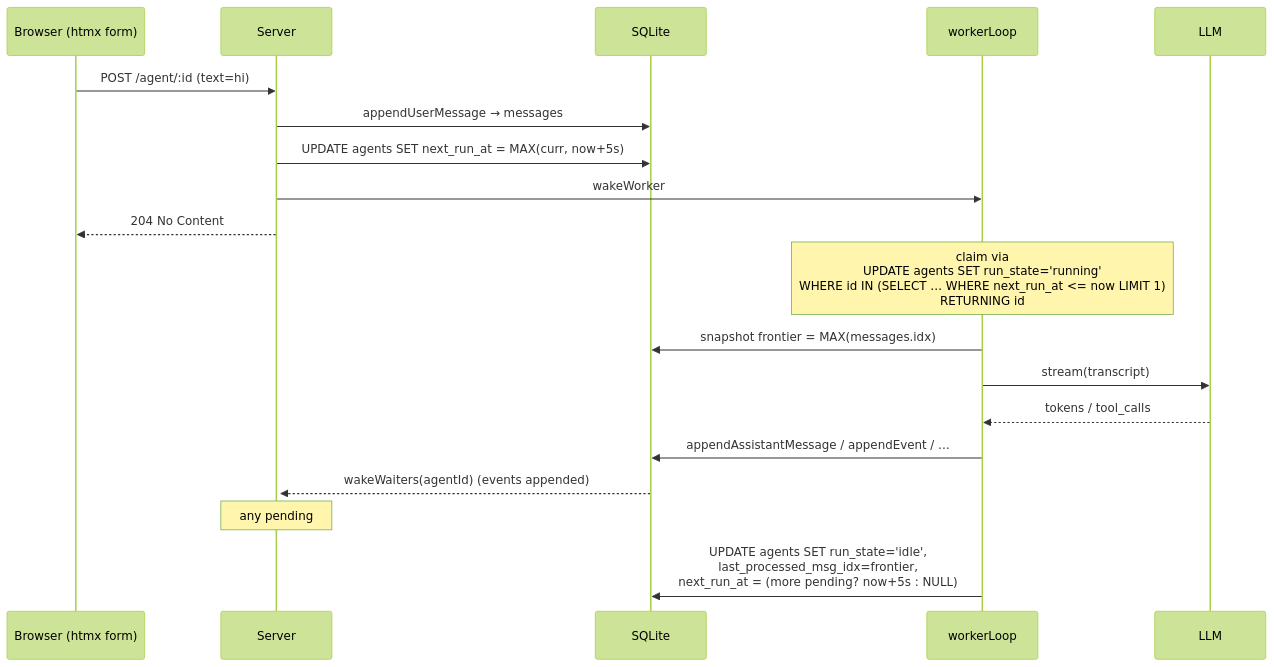
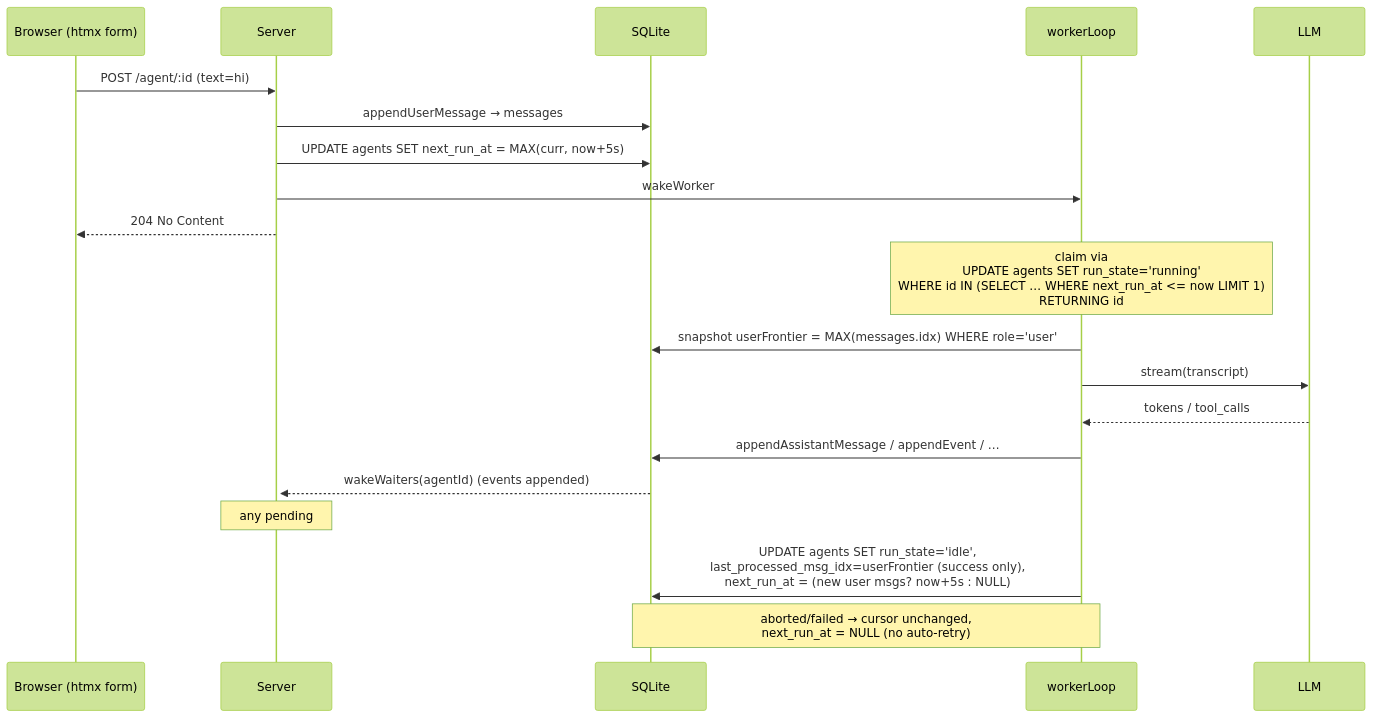
The second of 3 diagrams in docs/architecture.md (niquola/hyper-code2), drawn with Mermaid (forest theme) before and after one commit. The commit also changed other lines of this file and 1 other file, not shown here.

First line of the commit message:
docs: README + architecture reflect role='user' cursor + settings module

````diff
--- a/docs/architecture.md
+++ b/docs/architecture.md
@@ -72,25 +72,26 @@
 ```mermaid
 sequenceDiagram
     participant B as Browser (htmx form)
     participant S as Server
     participant DB as SQLite
     participant W as workerLoop
     participant L as LLM
 
     B->>S: POST /agent/:id (text=hi)
     S->>DB: appendUserMessage → messages
     S->>DB: UPDATE agents SET next_run_at = MAX(curr, now+5s)
     S->>W: wakeWorker
     S-->>B: 204 No Content
 
     Note over W: claim via<br/>UPDATE agents SET run_state='running'<br/>WHERE id IN (SELECT … WHERE next_run_at <= now LIMIT 1)<br/>RETURNING id
 
-    W->>DB: snapshot frontier = MAX(messages.idx)
+    W->>DB: snapshot userFrontier = MAX(messages.idx) WHERE role='user'
     W->>L: stream(transcript)
     L-->>W: tokens / tool_calls
     W->>DB: appendAssistantMessage / appendEvent / …
     DB-->>+S: wakeWaiters(agentId)  (events appended)
     Note over S: any pending #msg-tail<br/>long-poll resolves and<br/>re-reads getEvents(fromIdx=N)
 
-    W->>DB: UPDATE agents SET run_state='idle',<br/>last_processed_msg_idx=frontier,<br/>next_run_at = (more pending? now+5s : NULL)
+    W->>DB: UPDATE agents SET run_state='idle',<br/>last_processed_msg_idx=userFrontier (success only),<br/>next_run_at = (new user msgs? now+5s : NULL)
+    Note over W,DB: aborted/failed → cursor unchanged,<br/>next_run_at = NULL (no auto-retry)
 ```
````
